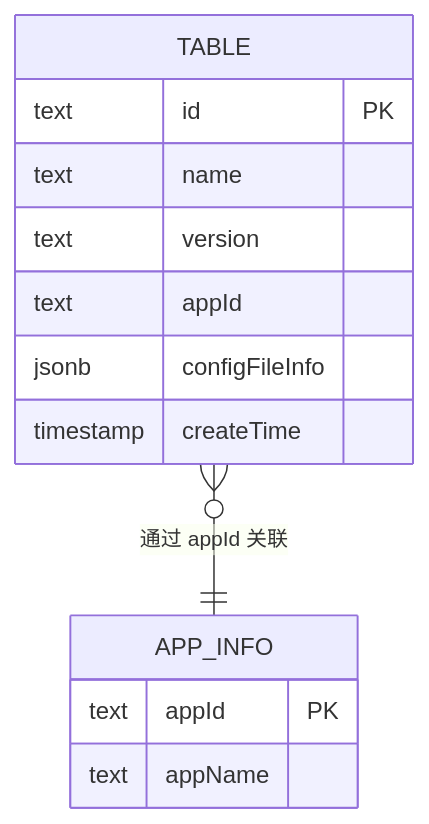
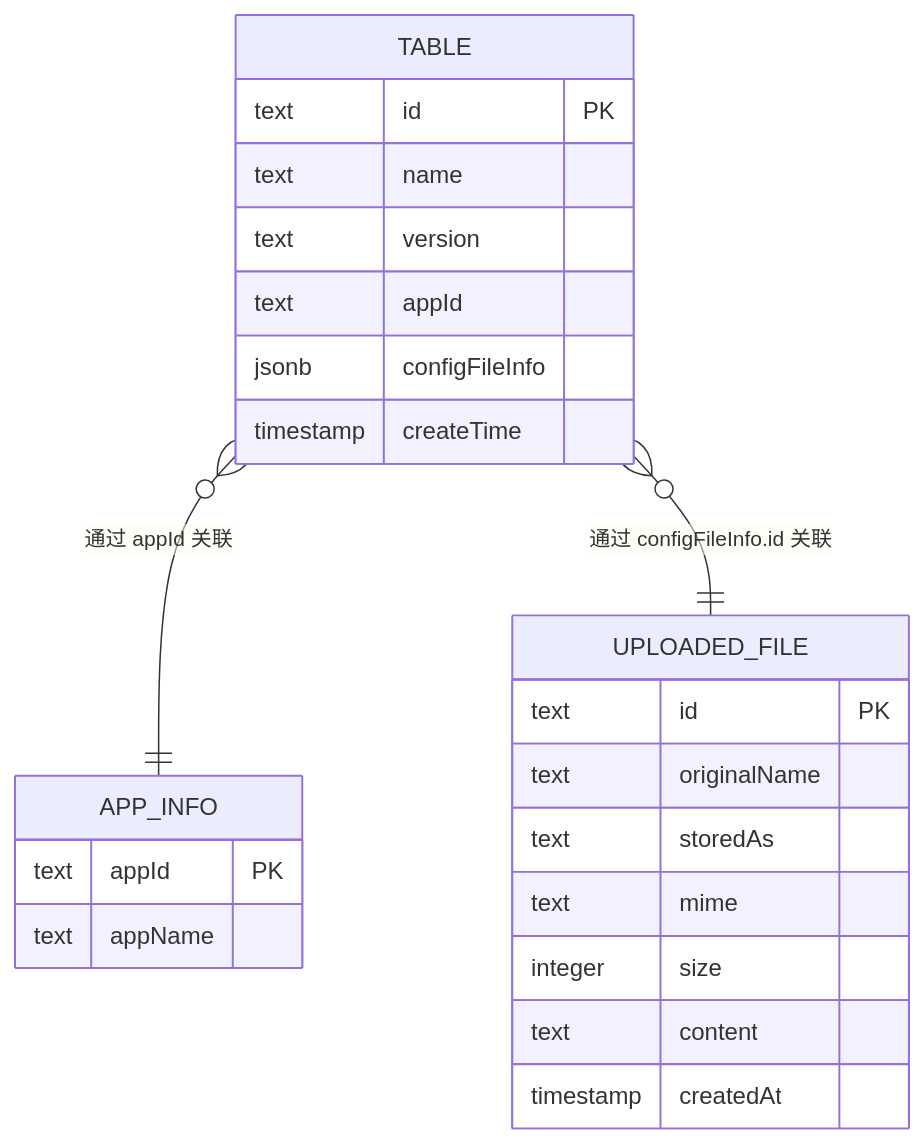
Before and after one commit to HAOFUYANG/nextjs-admin: the fourth of 5 diagrams in .qoder/repowiki/zh/content/数据库集成/API 接口设计/配置管理 API.md, drawn with Mermaid. The commit also changed other lines of this file and 15 other files, not shown here.

````diff
--- a/.qoder/repowiki/zh/content/数据库集成/API 接口设计/配置管理 API.md
+++ b/.qoder/repowiki/zh/content/数据库集成/API 接口设计/配置管理 API.md
@@ -154,16 +359,26 @@
 ```mermaid
 erDiagram
 TABLE {
 text id PK
 text name
 text version
 text appId
 jsonb configFileInfo
 timestamp createTime
 }
+UPLOADED_FILE {
+text id PK
+text originalName
+text storedAs
+text mime
+integer size
+text content
+timestamp createdAt
+}
 APP_INFO {
 text appId PK
 text appName
 }
 TABLE }o--|| APP_INFO : "通过 appId 关联"
+TABLE }o--|| UPLOADED_FILE : "通过 configFileInfo.id 关联"
 ```
````
